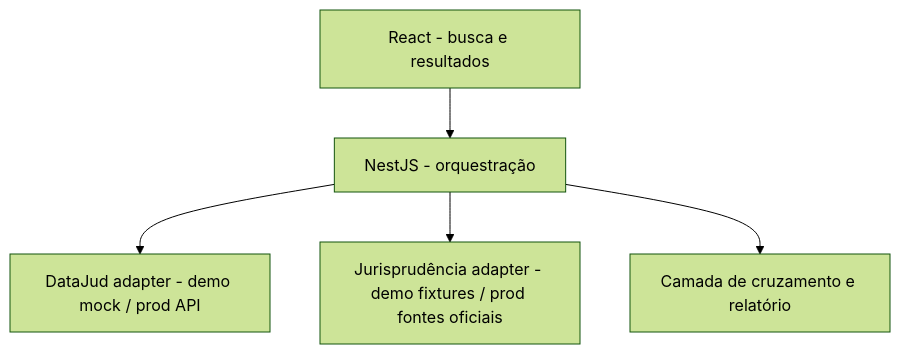
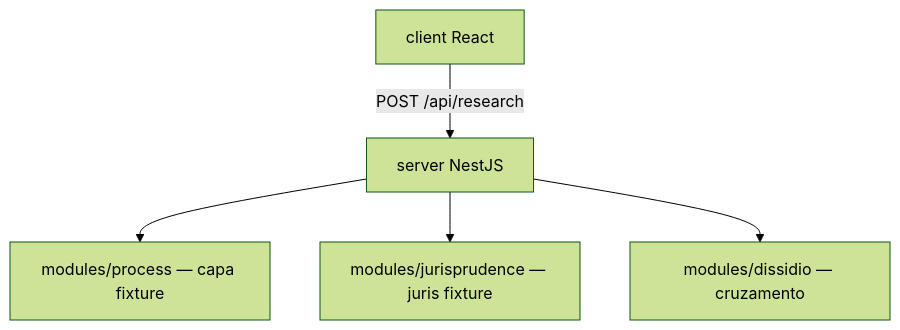
Before and after one commit to Bossmann007/openlegalai: the diagram in docs/ARCHITECTURE.md, drawn with Mermaid (forest theme). The commit also changed other lines of this file and 60 other files, not shown here.

````diff
--- a/docs/ARCHITECTURE.md
+++ b/docs/ARCHITECTURE.md
@@ -3,12 +3,12 @@
 ```mermaid
 flowchart TB
-  UI[React - busca e resultados]
-  API[NestJS - orquestração]
-  DJ[DataJud adapter - demo mock / prod API]
-  JUR[Jurisprudência adapter - demo fixtures / prod fontes oficiais]
-  AI[Camada de cruzamento e relatório]
-  UI --> API
-  API --> DJ
+  UI[client React]
+  API[server NestJS]
+  PROC[modules/process — capa fixture]
+  JUR[modules/jurisprudence — juris fixture]
+  DIS[modules/dissidio — cruzamento]
+  UI -->|POST /api/research| API
+  API --> PROC
   API --> JUR
-  API --> AI
+  API --> DIS
 ```
````
